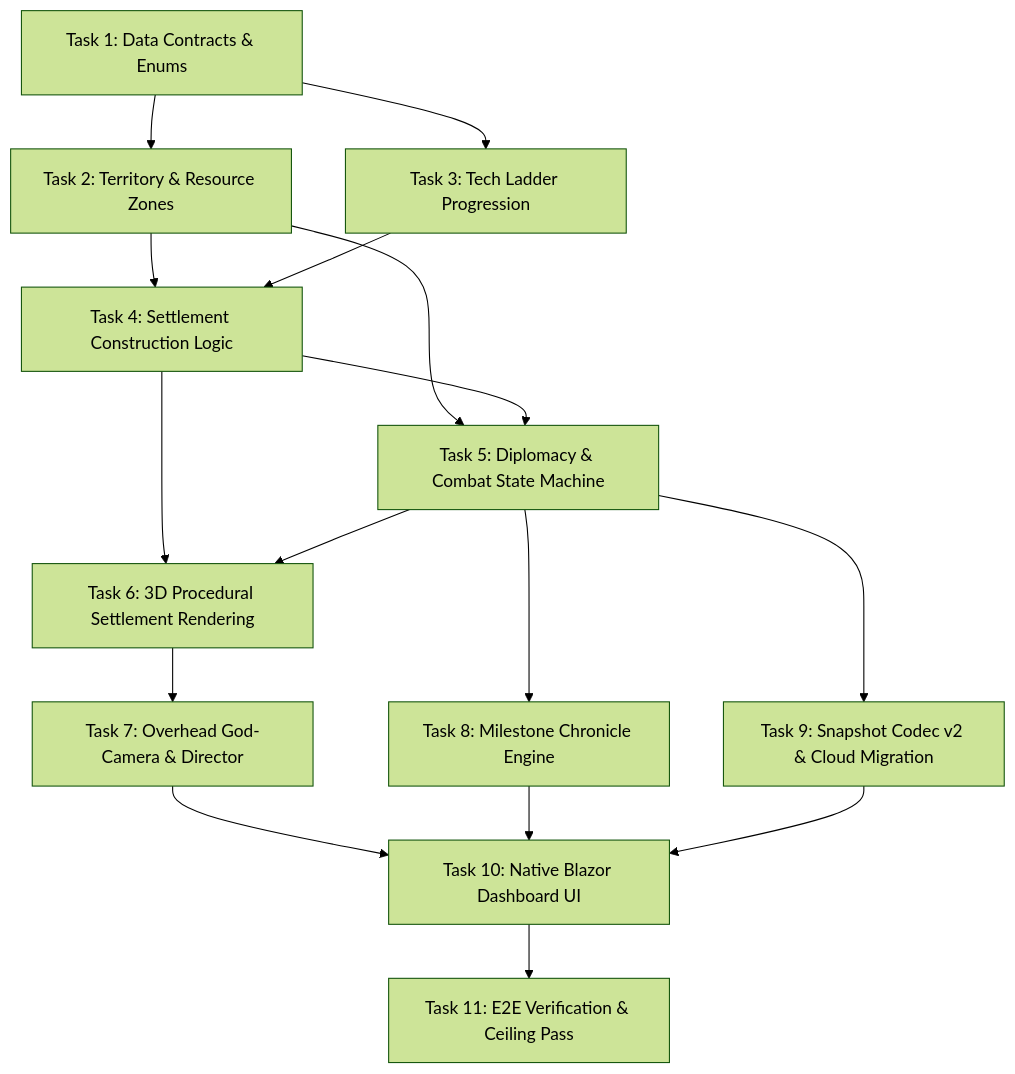
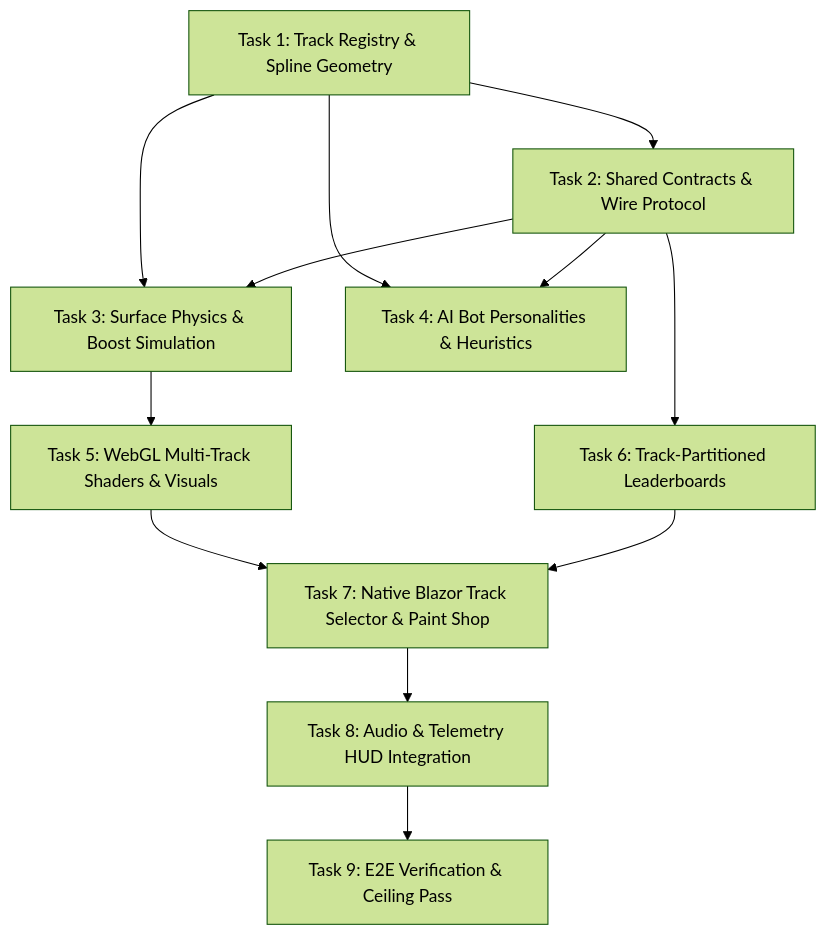
One commit to punkouter26/PoMiniGames changed the diagram in tasks/plan.md. Above: the diagram before and after it, drawn with Mermaid (forest theme). The commit also changed other lines of this file and 6 other files, not shown here.

Commit message:
feat(poracer): implement track registry and spline geometry engine for 3 tracks

````diff
--- a/tasks/plan.md
+++ b/tasks/plan.md
@@ -50,18 +39,14 @@
 ```mermaid
 graph TD
-    T1[Task 1: Data Contracts & Enums] --> T2[Task 2: Territory & Resource Zones]
-    T1 --> T3[Task 3: Tech Ladder Progression]
-    T2 --> T4[Task 4: Settlement Construction Logic]
-    T3 --> T4
-    T2 --> T5[Task 5: Diplomacy & Combat State Machine]
-    T4 --> T5
-    T4 --> T6[Task 6: 3D Procedural Settlement Rendering]
-    T5 --> T6
-    T6 --> T7[Task 7: Overhead God-Camera & Director]
-    T5 --> T8[Task 8: Milestone Chronicle Engine]
-    T5 --> T9[Task 9: Snapshot Codec v2 & Cloud Migration]
-    T7 --> T10[Task 10: Native Blazor Dashboard UI]
-    T8 --> T10
-    T9 --> T10
-    T10 --> T11[Task 11: E2E Verification & Ceiling Pass]
+    T1[Task 1: Track Registry & Spline Geometry] --> T2[Task 2: Shared Contracts & Wire Protocol]
+    T1 --> T3[Task 3: Surface Physics & Boost Simulation]
+    T1 --> T4[Task 4: AI Bot Personalities & Heuristics]
+    T2 --> T3
+    T2 --> T4
+    T3 --> T5[Task 5: WebGL Multi-Track Shaders & Visuals]
+    T2 --> T6[Task 6: Track-Partitioned Leaderboards]
+    T5 --> T7[Task 7: Native Blazor Track Selector & Paint Shop]
+    T6 --> T7
+    T7 --> T8[Task 8: Audio & Telemetry HUD Integration]
+    T8 --> T9[Task 9: E2E Verification & Ceiling Pass]
 ```
````
